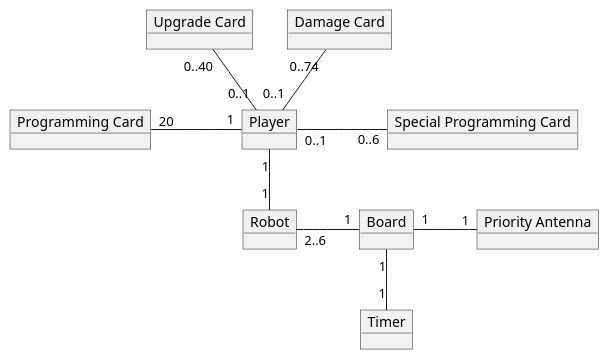
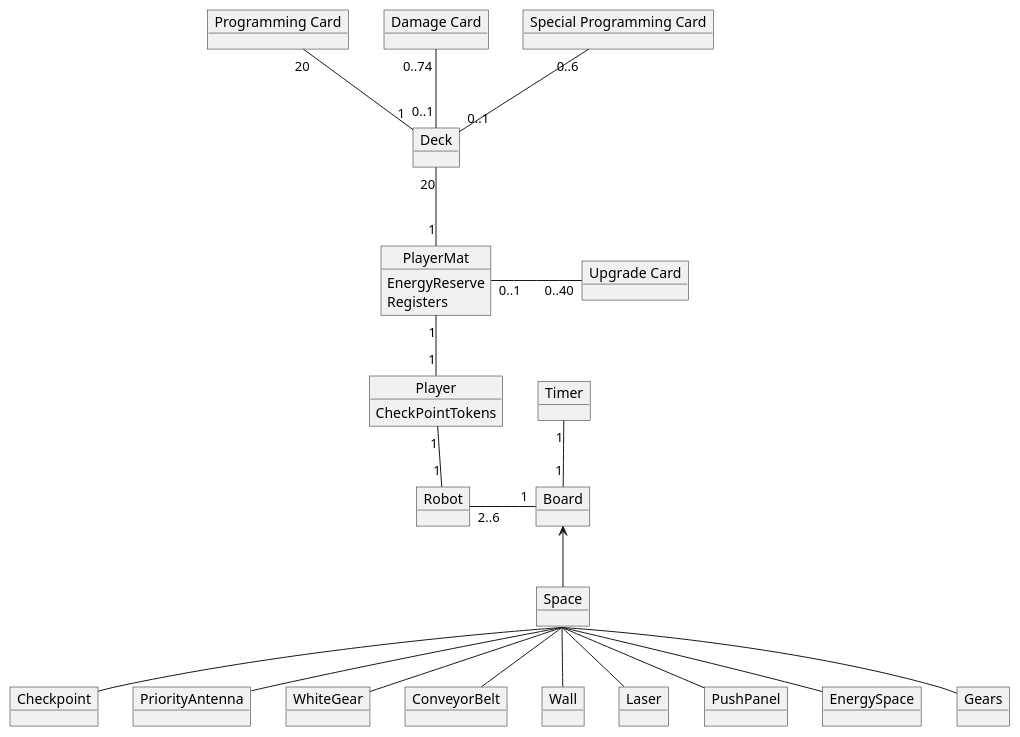
The diagram in diagrams/domain_model.puml (MikaelFangel/RoboRally), drawn with PlantUML before and after one commit.

Commit message:
updated domain model with spaces and player mat

```diff
--- a/diagrams/domain_model.puml
+++ b/diagrams/domain_model.puml
@@ -1,21 +1,55 @@
 @startuml
+skinparam groupInheritance 2
+
 object Board
 object Robot
 object "Programming Card" as prgcard
 object "Upgrade Card" as upcard
 object "Damage Card" as dmgcard
 object "Special Programming Card" as spccard
-object "Priority Antenna" as ant
 object Timer
-object Player
+object Player {
+    CheckPointTokens
+}
+object Deck
+object PlayerMat {
+    EnergyReserve
+    Registers
+}
 
 Board "1" -l- "2..6" Robot : \t
 Player "1" -- "1" Robot
-prgcard "20" -r- "1" Player : \t\t
-upcard "0..40" -- "0..1" Player
-spccard "0..6" -l- "0..1" Player : \t\t
-dmgcard "0..74" -- "0..1" Player
-Timer "1" -u- "1" Board
-ant "1" -l- "1" Board : \t
+Player "1" -u- "1" PlayerMat
+
+Deck "20" -- "1" PlayerMat : \t
+
+
+prgcard "20" -- "1" Deck : \t\t
+upcard "0..40" -l- "0..1" PlayerMat : \t\t
+spccard "0..6" -- "0..1" Deck : \t\t
+dmgcard "0..74" -- "0..1" Deck
+Timer "1" -- "1" Board
+
+object Space
+object Checkpoint
+object PriorityAntenna
+object WhiteGear
+object ConveyorBelt
+object Wall
+object Laser
+object PushPanel
+object EnergySpace
+object Gears
+
+Board <-- Space
+    Space <|-- Checkpoint
+    Space <|-- PriorityAntenna
+    Space <|-- WhiteGear
+    Space <|-- ConveyorBelt
+    Space <|-- Wall
+    Space <|-- Laser
+    Space <|-- PushPanel
+    Space <|-- EnergySpace
+    Space <|-- Gears
 
 @enduml
```
